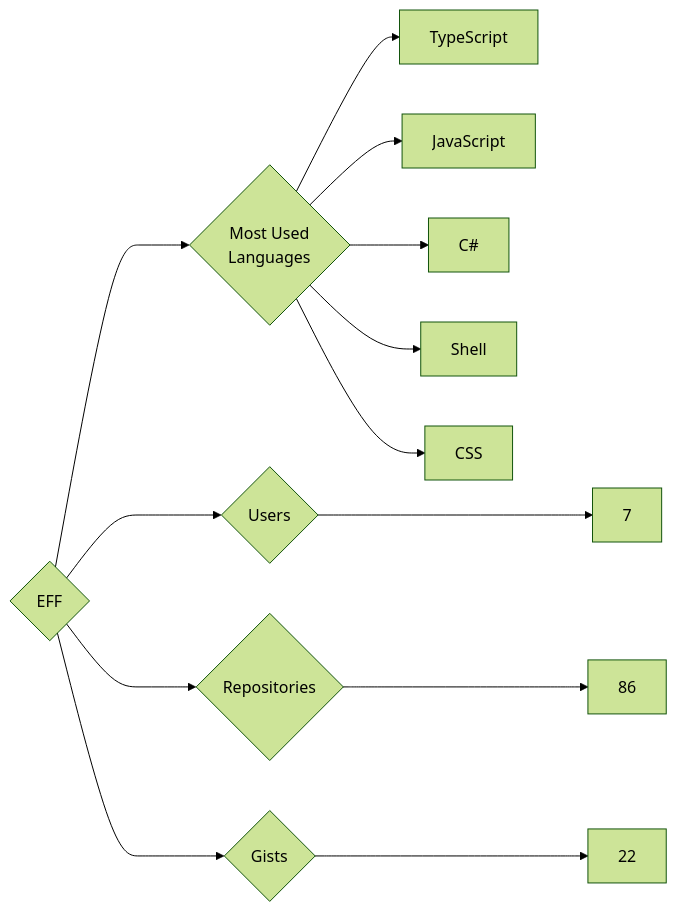
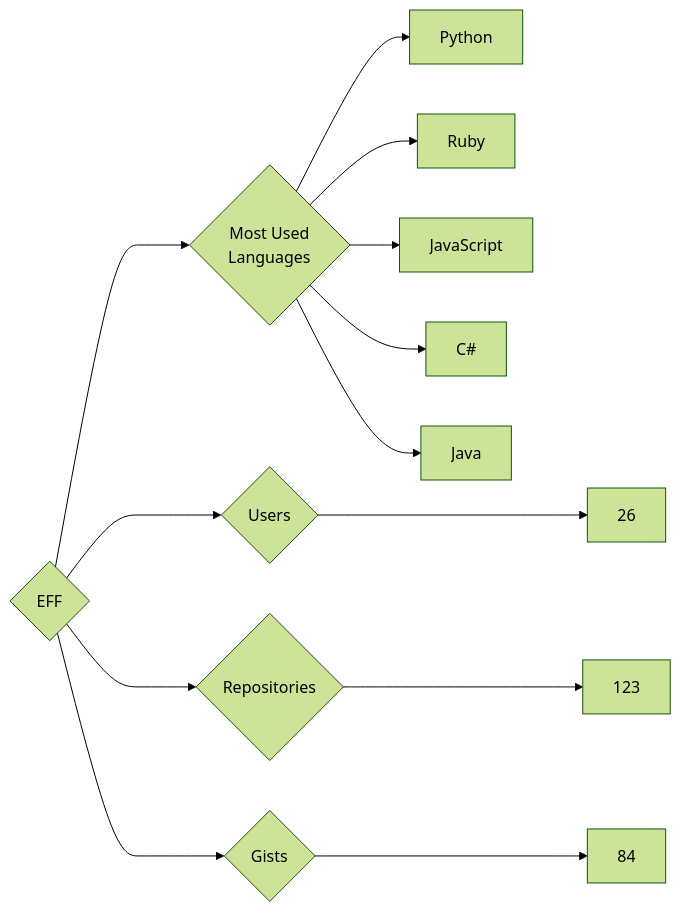
One commit to trickest/insiders changed the diagram in targets/EFF/README.md. Above: the diagram before and after it, drawn with Mermaid (forest theme). The commit also changed 847 other files, not shown here.

````diff
--- a/targets/EFF/README.md
+++ b/targets/EFF/README.md
@@ -3,13 +3,13 @@
 ```mermaid
 graph LR
 COMPANY_NAME{EFF}
-COMPANY_NAME ---> U{Users} ---> UN[7]
-COMPANY_NAME ---> R{Repositories} ---> RN[86]
-COMPANY_NAME ---> G{Gists} ---> GN[22]
+COMPANY_NAME ---> U{Users} ---> UN[26]
+COMPANY_NAME ---> R{Repositories} ---> RN[123]
+COMPANY_NAME ---> G{Gists} ---> GN[84]
 COMPANY_NAME ---> ML{Most Used<br>Languages}
-ML --> TypeScript[TypeScript]
+ML --> Python[Python]
+ML --> Ruby[Ruby]
 ML --> JavaScript[JavaScript]
 ML --> C#[C#]
-ML --> Shell[Shell]
-ML --> CSS[CSS]
+ML --> Java[Java]
 ```
````
